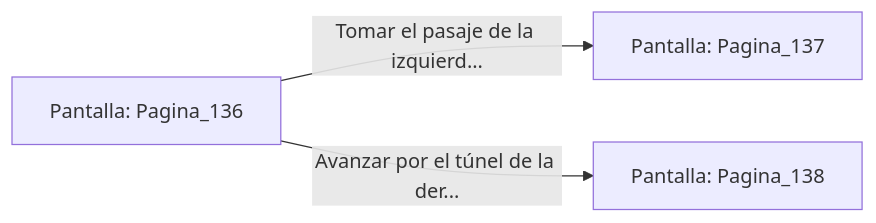
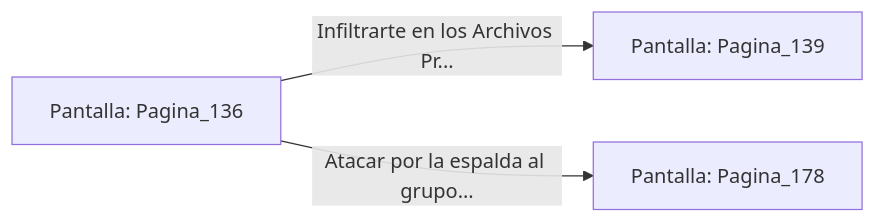
Before and after one commit to metsuke/mpl: the diagram in sample/eligejuego-vault/Pantalla_Pagina_136.md, drawn with Mermaid. The commit also changed other lines of this file and 635 other files, not shown here.

First line of the commit message:
fix: añadir Pagina_1 como pantalla inicial en capitulo_01.mpl

````diff
--- a/sample/eligejuego-vault/Pantalla_Pagina_136.md
+++ b/sample/eligejuego-vault/Pantalla_Pagina_136.md
@@ -20,6 +22,6 @@
 ```mermaid
 graph LR
     P_Pagina_136["Pantalla: Pagina_136"]
-    P_Pagina_136 -->|"Tomar el pasaje de la izquierd..."| P_Pagina_137["Pantalla: Pagina_137"]
-    P_Pagina_136 -->|"Avanzar por el túnel de la der..."| P_Pagina_138["Pantalla: Pagina_138"]
+    P_Pagina_136 -->|"Infiltrarte en los Archivos Pr..."| P_Pagina_139["Pantalla: Pagina_139"]
+    P_Pagina_136 -->|"Atacar por la espalda al grupo..."| P_Pagina_178["Pantalla: Pagina_178"]
 ```
````
